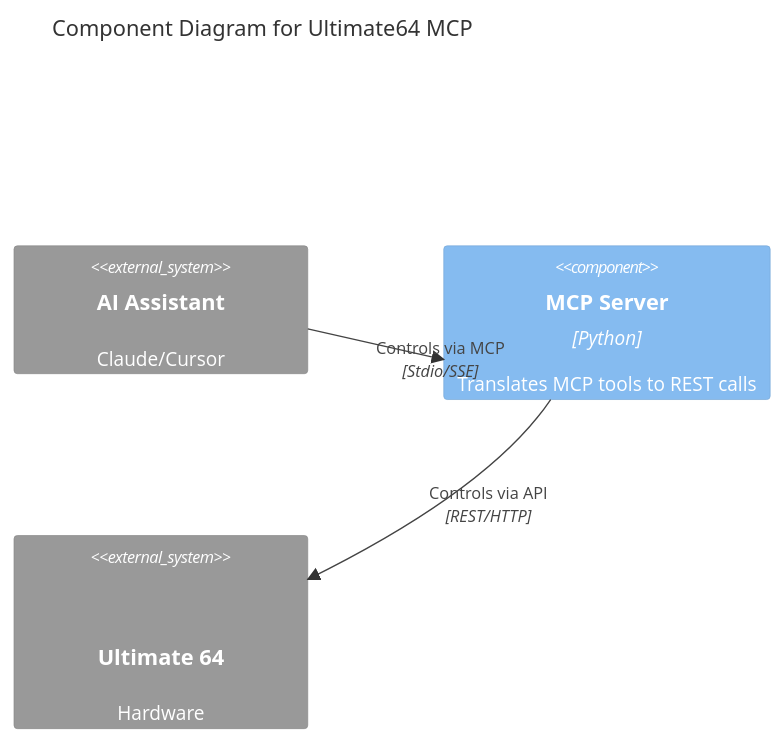
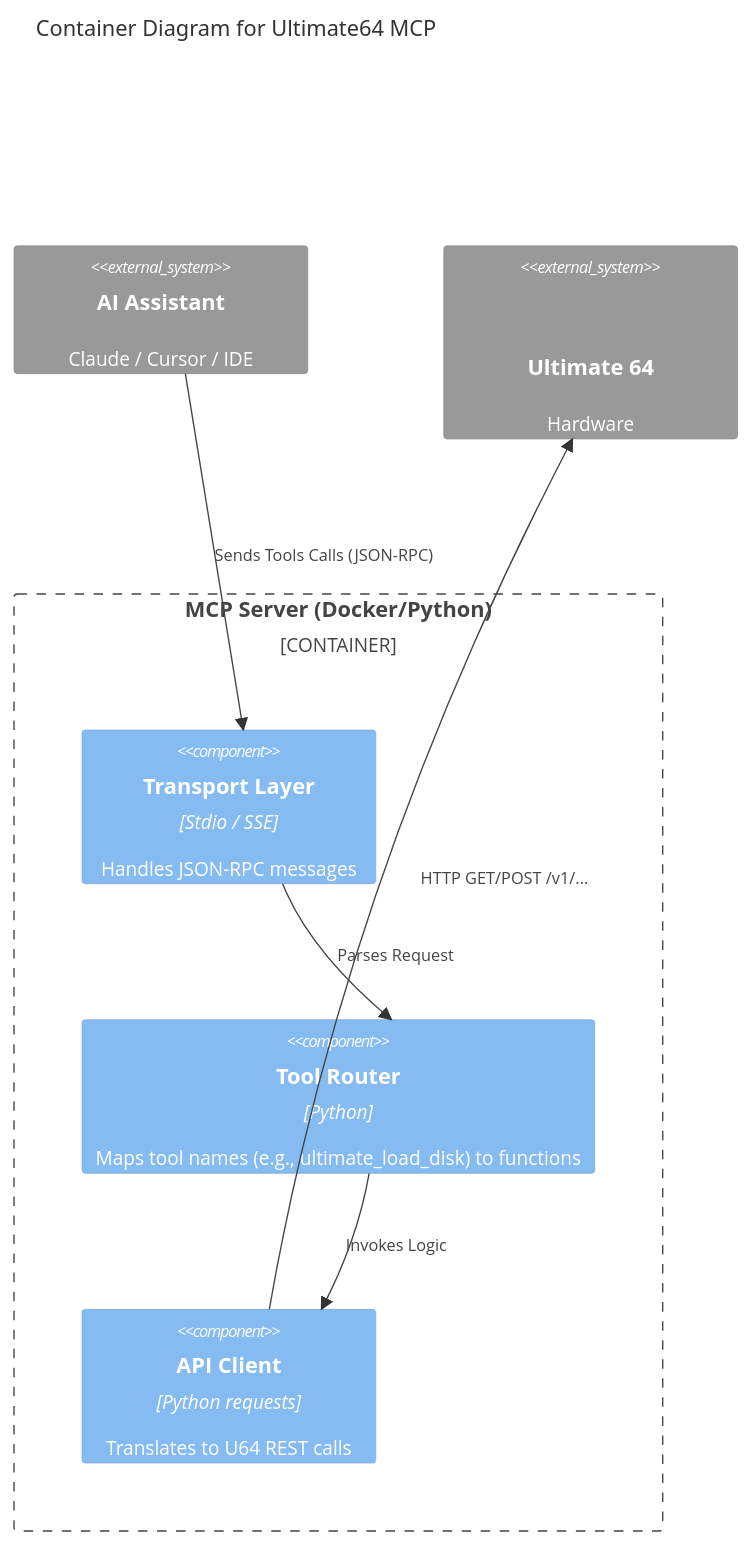
Before and after one commit to kcalvelli/kcalvelli-portal: the diagram in docs/Ultimate64MCP.md, drawn with Mermaid. The commit also changed other lines of this file and 5 other files, not shown here.

Commit message:
Improve arch diagrams

````diff
--- a/docs/Ultimate64MCP.md
+++ b/docs/Ultimate64MCP.md
@@ -15,11 +15,18 @@
 ```mermaid
-C4Component
-    title Component Diagram for Ultimate64 MCP
+C4Container
+    title Container Diagram for Ultimate64 MCP
 
-    System_Ext(ai, "AI Assistant", "Claude/Cursor")
-    Component(mcp, "MCP Server", "Python", "Translates MCP tools to REST calls")
-    System_Ext(u64, "Ultimate 64", "Hardware", "Exposes REST API")
+    System_Ext(ai, "AI Assistant", "Claude / Cursor / IDE")
+    System_Ext(u64, "Ultimate 64", "Hardware", "Exposes REST API Endpoint")
 
-    Rel(ai, mcp, "Controls via MCP", "Stdio/SSE")
-    Rel(mcp, u64, "Controls via API", "REST/HTTP")
+    Container_Boundary(server, "MCP Server (Docker/Python)") {
+        Component(transport, "Transport Layer", "Stdio / SSE", "Handles JSON-RPC messages")
+        Component(router, "Tool Router", "Python", "Maps tool names (e.g., ultimate_load_disk) to functions")
+        Component(api_client, "API Client", "Python requests", "Translates to U64 REST calls")
+    }
+
+    Rel(ai, transport, "Sends Tools Calls (JSON-RPC)")
+    Rel(transport, router, "Parses Request")
+    Rel(router, api_client, "Invokes Logic")
+    Rel(api_client, u64, "HTTP GET/POST /v1/...")
 ```
````
